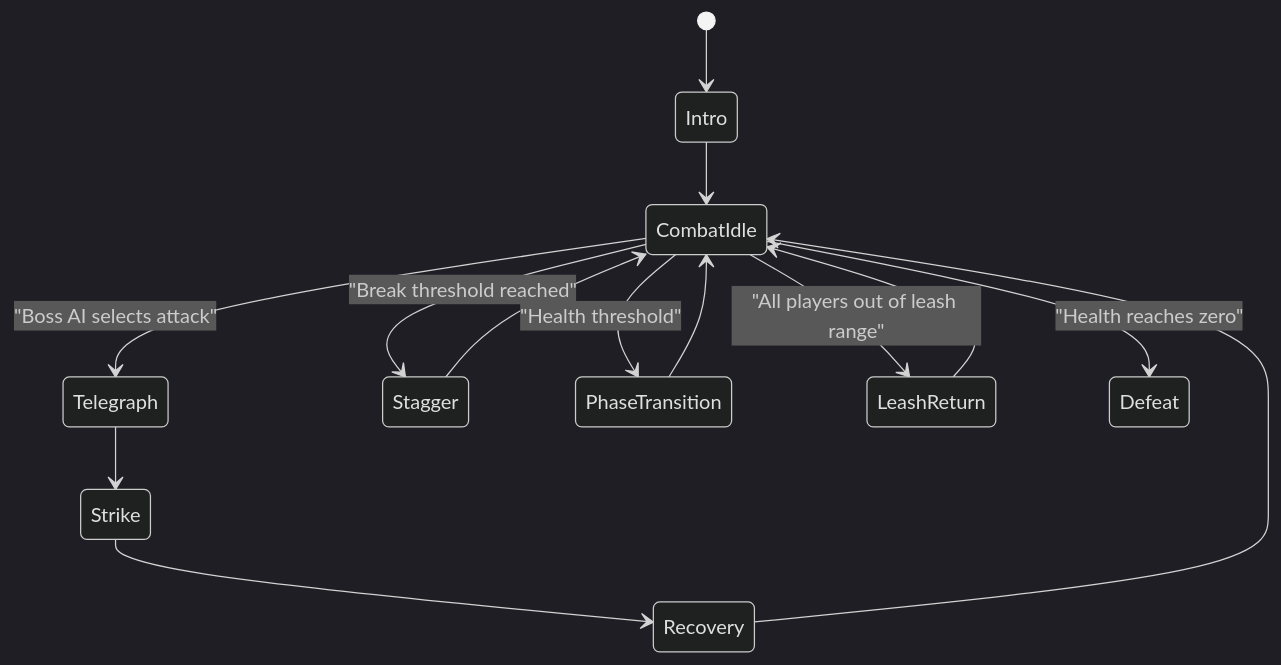
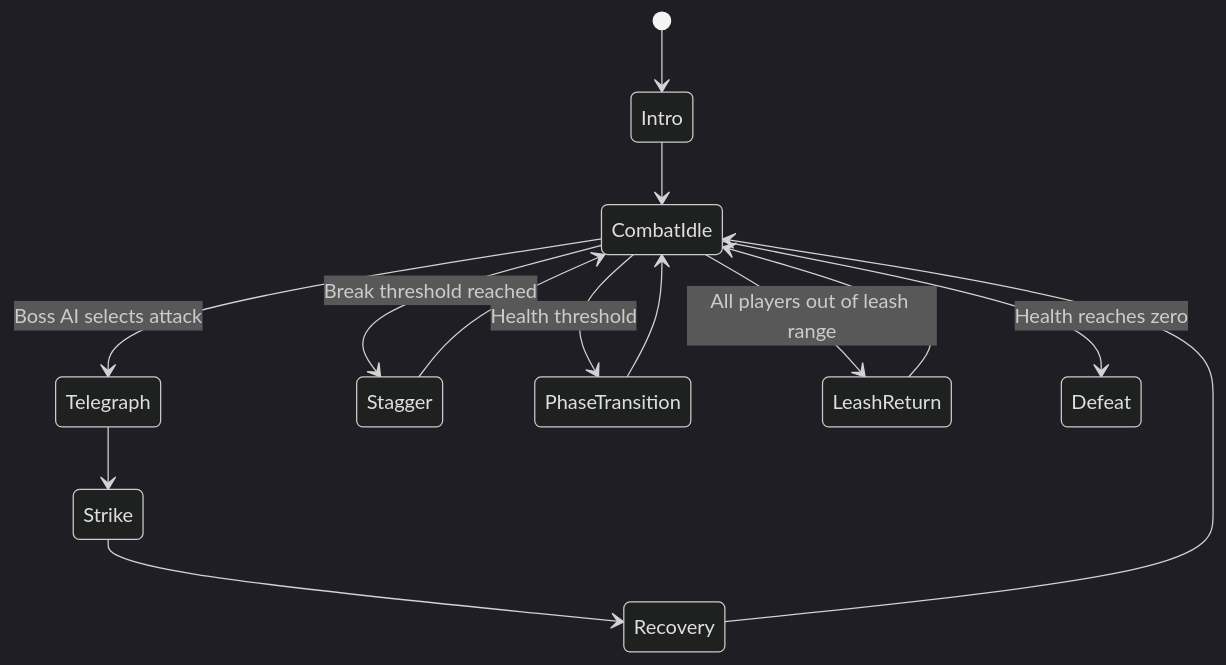
Before and after one commit to shrp1434/ZeroCheat: the diagram in Fight Animals for Eggs - Game Design Bible/13 - ANIMATION AND VFX/Animation/Animation - Boss Attacks.md, drawn with Mermaid (dark theme). The commit also changed 24 other files, not shown here.

````diff
--- a/Fight Animals for Eggs - Game Design Bible/13 - ANIMATION AND VFX/Animation/Animation - Boss Attacks.md
+++ b/Fight Animals for Eggs - Game Design Bible/13 - ANIMATION AND VFX/Animation/Animation - Boss Attacks.md
@@ -186,16 +186,16 @@
 ```mermaid
 stateDiagram-v2
     [*] --> Intro
     Intro --> CombatIdle
-    CombatIdle --> Telegraph: "Boss AI selects attack"
+    CombatIdle --> Telegraph: Boss AI selects attack
     Telegraph --> Strike
     Strike --> Recovery
     Recovery --> CombatIdle
-    CombatIdle --> Stagger: "Break threshold reached"
+    CombatIdle --> Stagger: Break threshold reached
     Stagger --> CombatIdle
-    CombatIdle --> PhaseTransition: "Health threshold"
+    CombatIdle --> PhaseTransition: Health threshold
     PhaseTransition --> CombatIdle
-    CombatIdle --> LeashReturn: "All players out of leash range"
+    CombatIdle --> LeashReturn: All players out of leash range
     LeashReturn --> CombatIdle
-    CombatIdle --> Defeat: "Health reaches zero"
+    CombatIdle --> Defeat: Health reaches zero
 ```
````
